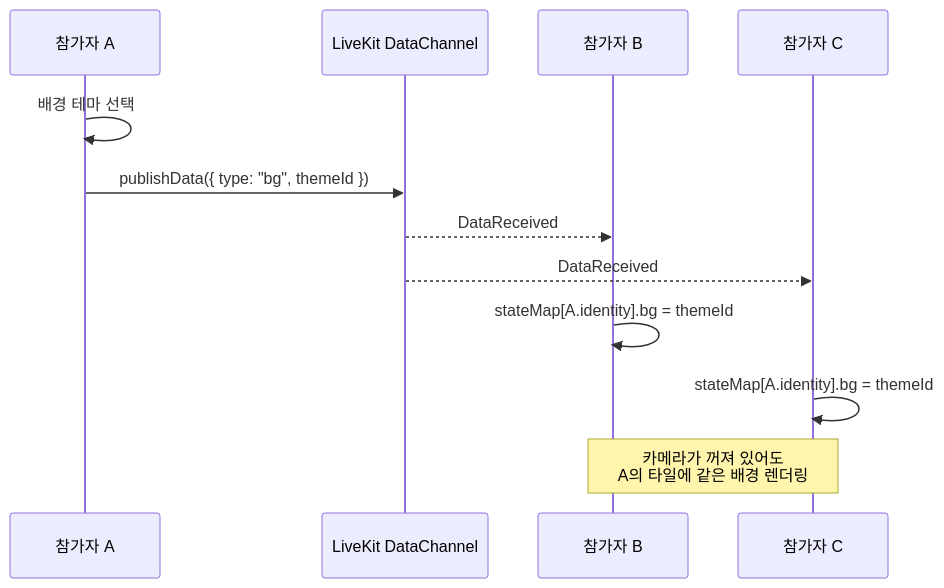
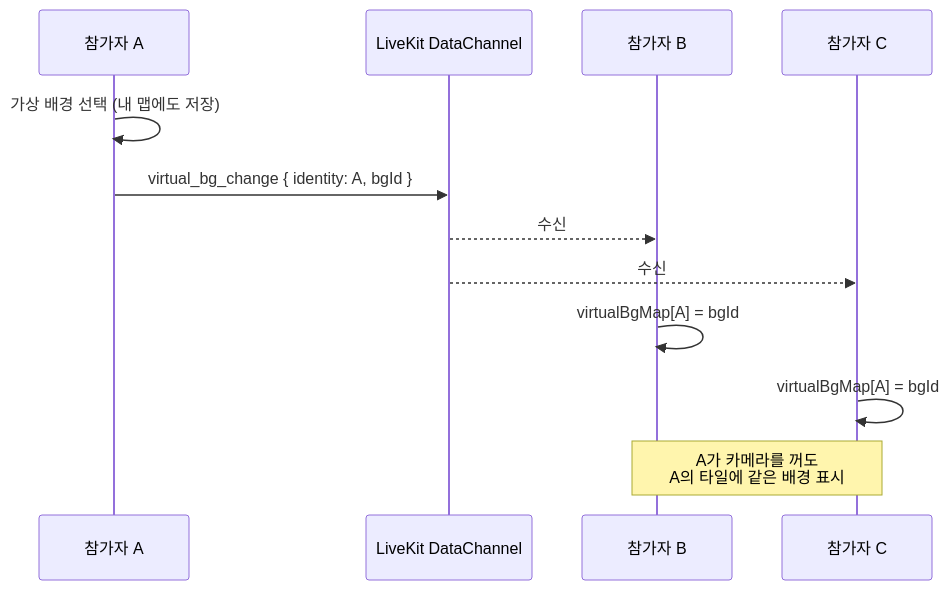
Before and after one commit to jingeunlee4559/talaria-frontend: the third of 5 diagrams in README.md, drawn with Mermaid. The commit also changed other lines of this file, not shown here.

````diff
--- a/README.md
+++ b/README.md
@@ -270,15 +301,15 @@
 ```mermaid
 sequenceDiagram
     participant A as 참가자 A
     participant LK as LiveKit DataChannel
     participant B as 참가자 B
     participant C as 참가자 C
 
-    A->>A: 배경 테마 선택
-    A->>LK: publishData({ type: "bg", themeId })
-    LK-->>B: DataReceived
-    LK-->>C: DataReceived
-    B->>B: stateMap[A.identity].bg = themeId
-    C->>C: stateMap[A.identity].bg = themeId
-    Note over B,C: 카메라가 꺼져 있어도<br/>A의 타일에 같은 배경 렌더링
+    A->>A: 가상 배경 선택 (내 맵에도 저장)
+    A->>LK: virtual_bg_change { identity: A, bgId }
+    LK-->>B: 수신
+    LK-->>C: 수신
+    B->>B: virtualBgMap[A] = bgId
+    C->>C: virtualBgMap[A] = bgId
+    Note over B,C: A가 카메라를 꺼도<br/>A의 타일에 같은 배경 표시
 ```
````
